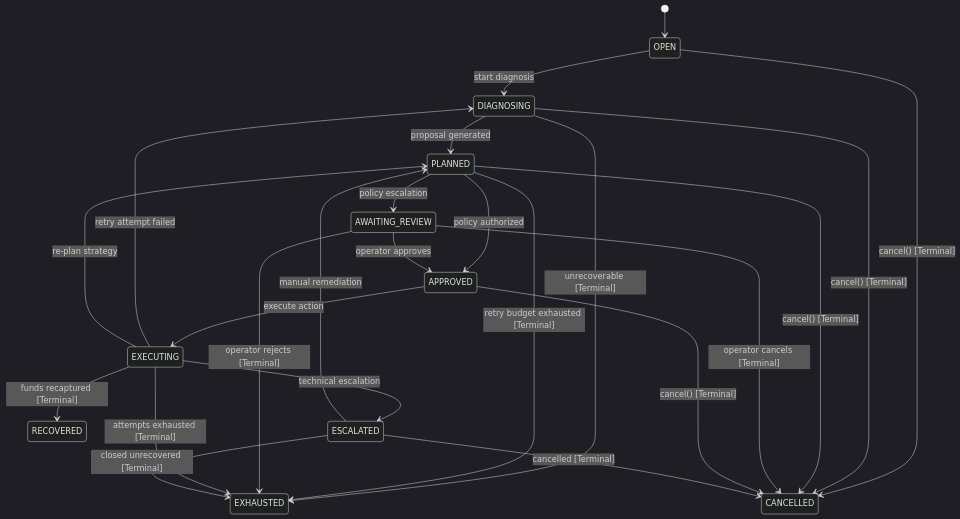
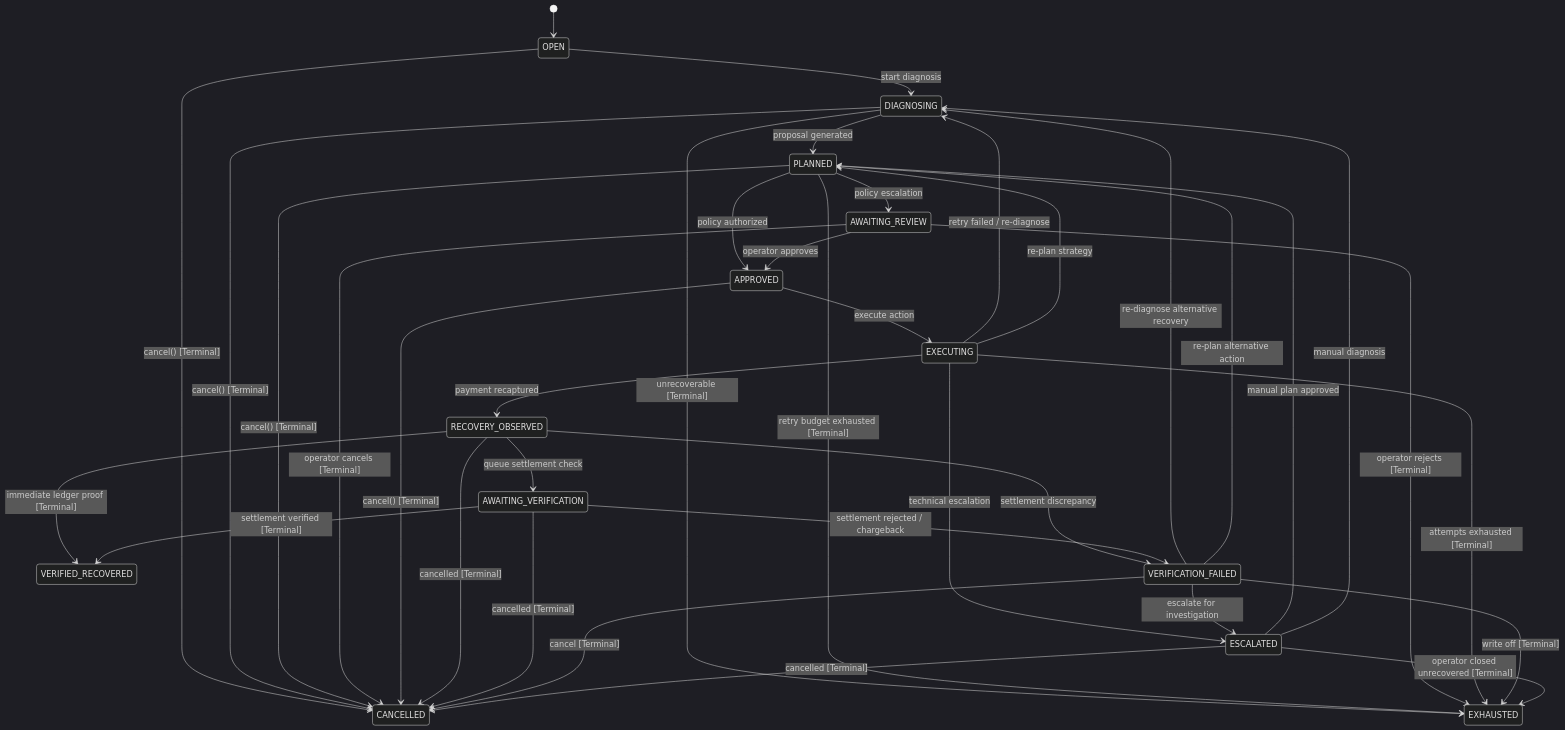
The third of 4 diagrams in docs/STATE_MACHINES.md (Haus-Nous/RecoveryOS), drawn with Mermaid (dark theme) before and after one commit. The commit also changed other lines of this file and 18 other files, not shown here.

````diff
--- a/docs/STATE_MACHINES.md
+++ b/docs/STATE_MACHINES.md
@@ -59,32 +63,48 @@
 ```mermaid
 stateDiagram-v2
     [*] --> OPEN
     OPEN --> DIAGNOSING : start diagnosis
     OPEN --> CANCELLED : cancel() [Terminal]
 
     DIAGNOSING --> PLANNED : proposal generated
     DIAGNOSING --> EXHAUSTED : unrecoverable [Terminal]
     DIAGNOSING --> CANCELLED : cancel() [Terminal]
 
     PLANNED --> AWAITING_REVIEW : policy escalation
     PLANNED --> APPROVED : policy authorized
     PLANNED --> EXHAUSTED : retry budget exhausted [Terminal]
     PLANNED --> CANCELLED : cancel() [Terminal]
 
     AWAITING_REVIEW --> APPROVED : operator approves
     AWAITING_REVIEW --> EXHAUSTED : operator rejects [Terminal]
     AWAITING_REVIEW --> CANCELLED : operator cancels [Terminal]
 
     APPROVED --> EXECUTING : execute action
     APPROVED --> CANCELLED : cancel() [Terminal]
 
-    EXECUTING --> RECOVERED : funds recaptured [Terminal]
-    EXECUTING --> DIAGNOSING : retry attempt failed
+    EXECUTING --> RECOVERY_OBSERVED : payment recaptured
+    EXECUTING --> DIAGNOSING : retry failed / re-diagnose
     EXECUTING --> PLANNED : re-plan strategy
     EXECUTING --> EXHAUSTED : attempts exhausted [Terminal]
     EXECUTING --> ESCALATED : technical escalation
 
-    ESCALATED --> PLANNED : manual remediation
-    ESCALATED --> EXHAUSTED : closed unrecovered [Terminal]
+    RECOVERY_OBSERVED --> AWAITING_VERIFICATION : queue settlement check
+    RECOVERY_OBSERVED --> VERIFIED_RECOVERED : immediate ledger proof [Terminal]
+    RECOVERY_OBSERVED --> VERIFICATION_FAILED : settlement discrepancy
+    RECOVERY_OBSERVED --> CANCELLED : cancelled [Terminal]
+
+    AWAITING_VERIFICATION --> VERIFIED_RECOVERED : settlement verified [Terminal]
+    AWAITING_VERIFICATION --> VERIFICATION_FAILED : settlement rejected / chargeback
+    AWAITING_VERIFICATION --> CANCELLED : cancelled [Terminal]
+
+    VERIFICATION_FAILED --> ESCALATED : escalate for investigation
+    VERIFICATION_FAILED --> DIAGNOSING : re-diagnose alternative recovery
+    VERIFICATION_FAILED --> PLANNED : re-plan alternative action
+    VERIFICATION_FAILED --> EXHAUSTED : write off [Terminal]
+    VERIFICATION_FAILED --> CANCELLED : cancel [Terminal]
+
+    ESCALATED --> PLANNED : manual plan approved
+    ESCALATED --> DIAGNOSING : manual diagnosis
+    ESCALATED --> EXHAUSTED : operator closed unrecovered [Terminal]
     ESCALATED --> CANCELLED : cancelled [Terminal]
 ```
````
